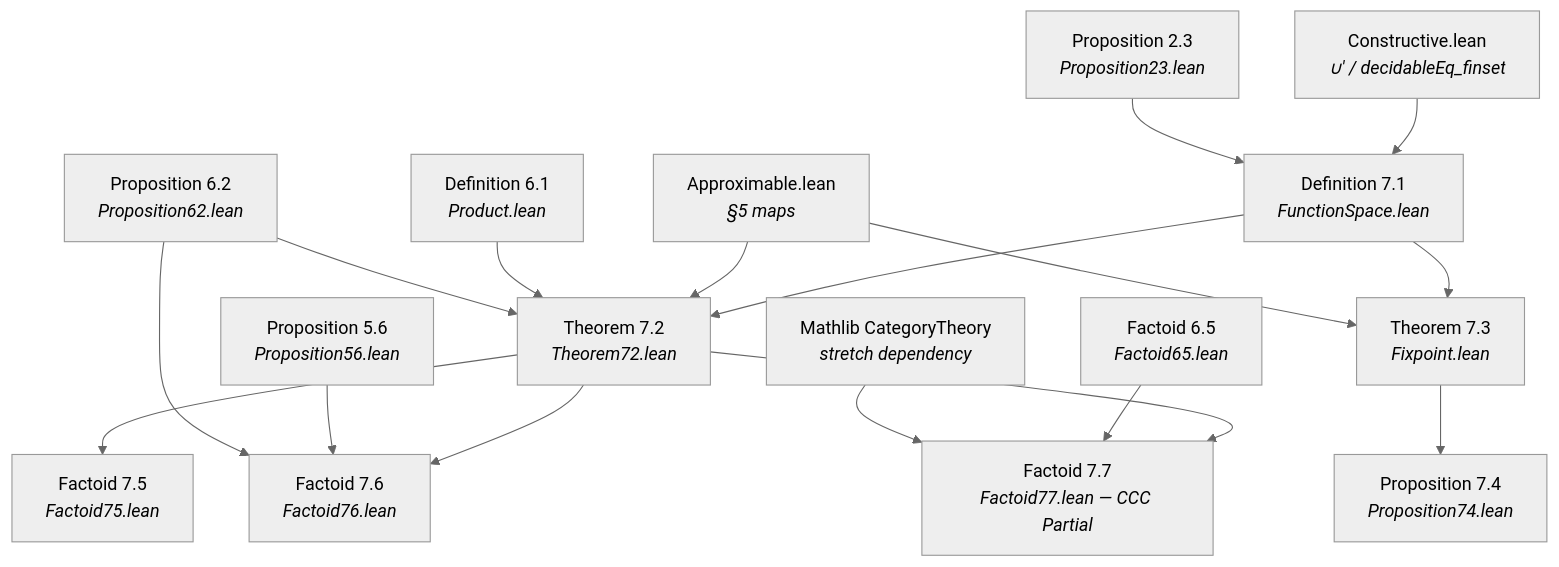
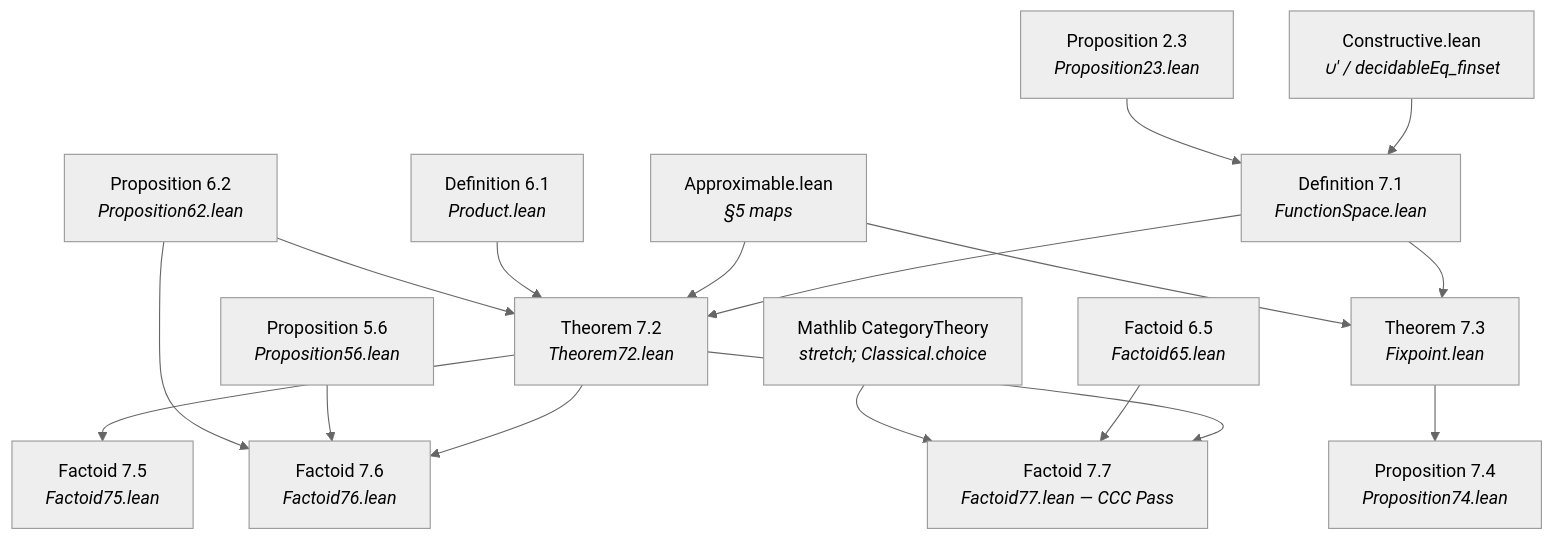
Before and after one commit to catskillsresearch/scott1982: the ninth of 10 diagrams in arxiv.md, drawn with Mermaid (neutral theme). The commit also changed other lines of this file and 1 other file, not shown here.

First line of the commit message:
Prove Factoid 7.7: Mathlib CCC on information systems.

````diff
--- a/arxiv.md
+++ b/arxiv.md
@@ -522,34 +522,34 @@
 ```mermaid
 flowchart TD
   C["Constructive.lean<br/><i>∪' / decidableEq_finset</i>"]
   P23["Proposition 2.3<br/><i>Proposition23.lean</i>"]
   Ap["Approximable.lean<br/><i>§5 maps</i>"]
   D61["Definition 6.1<br/><i>Product.lean</i>"]
   P62["Proposition 6.2<br/><i>Proposition62.lean</i>"]
   P56["Proposition 5.6<br/><i>Proposition56.lean</i>"]
   F65["Factoid 6.5<br/><i>Factoid65.lean</i>"]
   D71["Definition 7.1<br/><i>FunctionSpace.lean</i>"]
   T72["Theorem 7.2<br/><i>Theorem72.lean</i>"]
   T73["Theorem 7.3<br/><i>Fixpoint.lean</i>"]
   P74["Proposition 7.4<br/><i>Proposition74.lean</i>"]
   F75["Factoid 7.5<br/><i>Factoid75.lean</i>"]
   F76["Factoid 7.6<br/><i>Factoid76.lean</i>"]
-  F77["Factoid 7.7<br/><i>Factoid77.lean — CCC Partial</i>"]
-  CT["Mathlib CategoryTheory<br/><i>stretch dependency</i>"]
+  F77["Factoid 7.7<br/><i>Factoid77.lean — CCC Pass</i>"]
+  CT["Mathlib CategoryTheory<br/><i>stretch; Classical.choice</i>"]
   C --> D71
   P23 --> D71
   D71 --> T72
   Ap --> T72
   D61 --> T72
   P62 --> T72
   D71 --> T73
   Ap --> T73
   T73 --> P74
   T72 --> F75
   T72 --> F76
   P56 --> F76
   P62 --> F76
   T72 --> F77
   F65 --> F77
   CT --> F77
 ```
````
